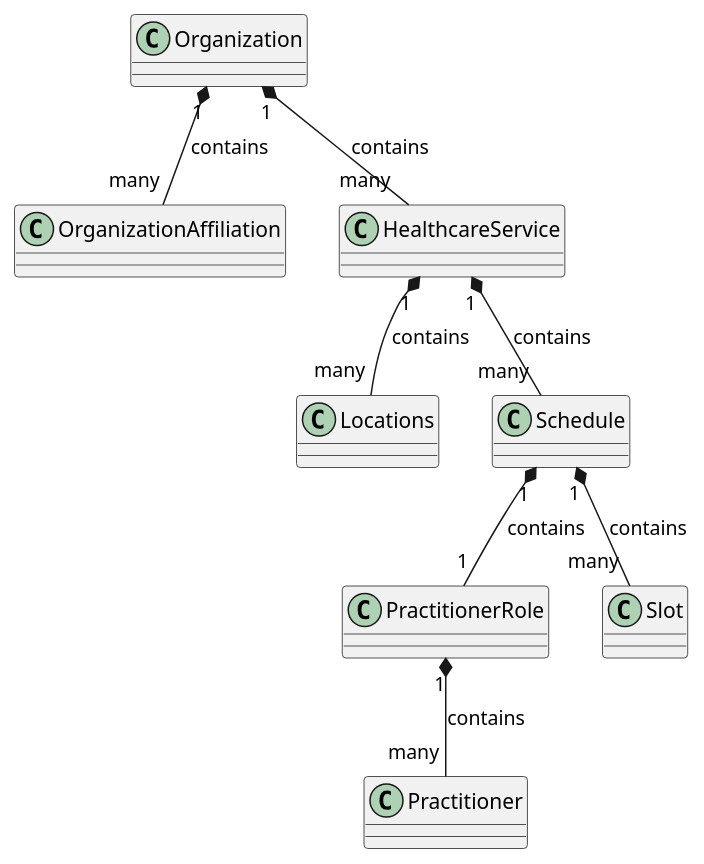
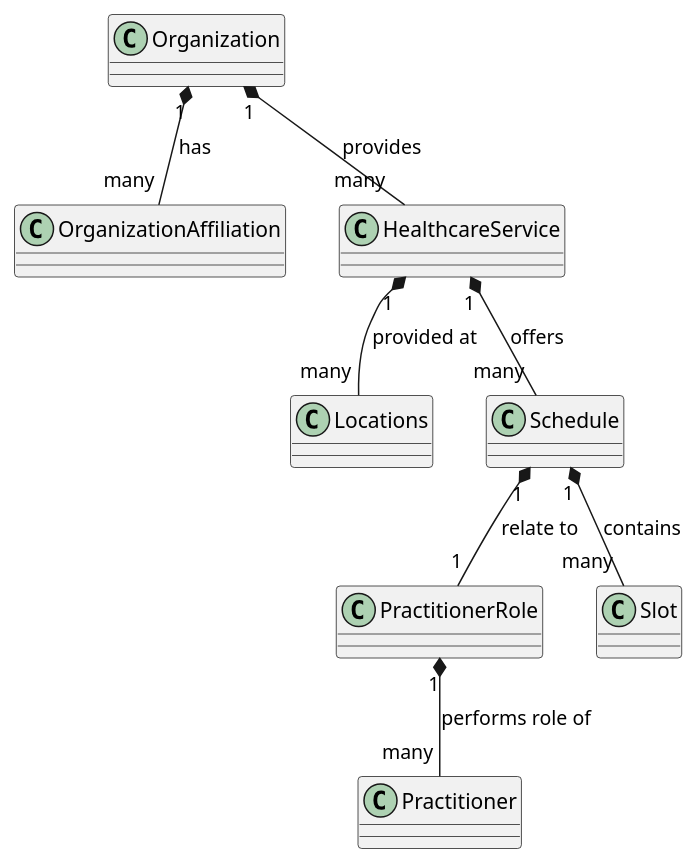
Before and after one commit to NHSDigital/IOPS-FHIR-Simplifier-Backup: the diagram in NHSEnglandProgrammeImplementationGuides/backup/guides/Directory-of-Service/Home/Design/Data-mapping.page.md, drawn with PlantUML. The commit also changed other lines of this file and 4 other files, not shown here.

```diff
--- a/NHSEnglandProgrammeImplementationGuides/backup/guides/Directory-of-Service/Home/Design/Data-mapping.page.md
+++ b/NHSEnglandProgrammeImplementationGuides/backup/guides/Directory-of-Service/Home/Design/Data-mapping.page.md
@@ -15,9 +15,9 @@
 @startuml
-Organization "1" *-- "many" OrganizationAffiliation : contains
-Organization "1" *-- "many" HealthcareService : contains
-HealthcareService "1" *-- "many" Locations : contains
-HealthcareService "1" *-- "many" Schedule : contains
-Schedule "1" *-- "1" PractitionerRole : contains
-PractitionerRole "1" *-- "many" Practitioner : contains
+Organization "1" *-- "many" OrganizationAffiliation : has
+Organization "1" *-- "many" HealthcareService : provides
+HealthcareService "1" *-- "many" Locations : provided at
+HealthcareService "1" *-- "many" Schedule : offers
+Schedule "1" *-- "1" PractitionerRole : relate to
+PractitionerRole "1" *-- "many" Practitioner : performs role of
 Schedule "1" *-- "many" Slot : contains
 @enduml
```
